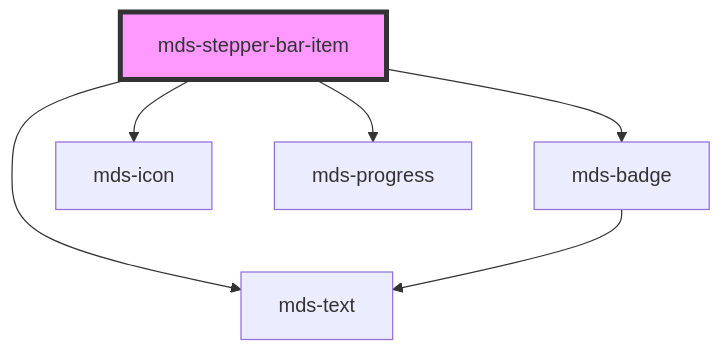
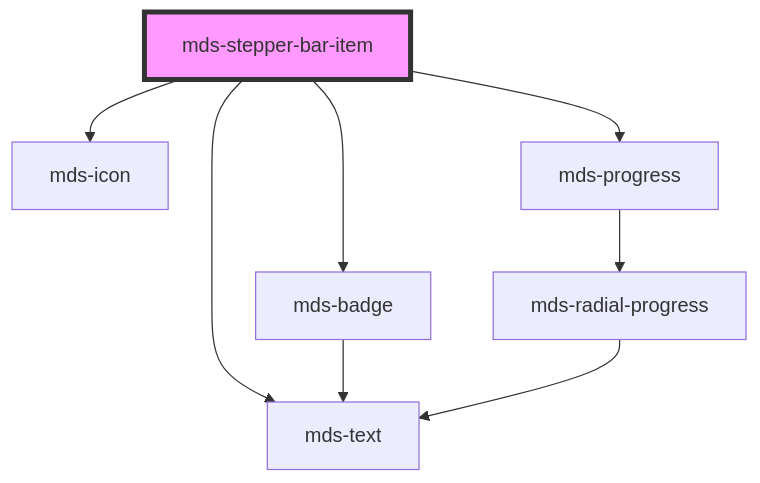
One commit to magma-design-system/magma changed the diagram in projects/stencil/src/components/mds-stepper-bar-item/readme.md. Above: the diagram before and after it, drawn with Mermaid. The commit also changed 26 other files, not shown here.

Commit message:
feat(mds-radial-progress): add  radial progress component

````diff
--- a/projects/stencil/src/components/mds-stepper-bar-item/readme.md
+++ b/projects/stencil/src/components/mds-stepper-bar-item/readme.md
@@ -80,9 +80,11 @@
 ```mermaid
 graph TD;
   mds-stepper-bar-item --> mds-badge
   mds-stepper-bar-item --> mds-icon
   mds-stepper-bar-item --> mds-progress
   mds-stepper-bar-item --> mds-text
   mds-badge --> mds-text
+  mds-progress --> mds-radial-progress
+  mds-radial-progress --> mds-text
   style mds-stepper-bar-item fill:#f9f,stroke:#333,stroke-width:4px
 ```
````
